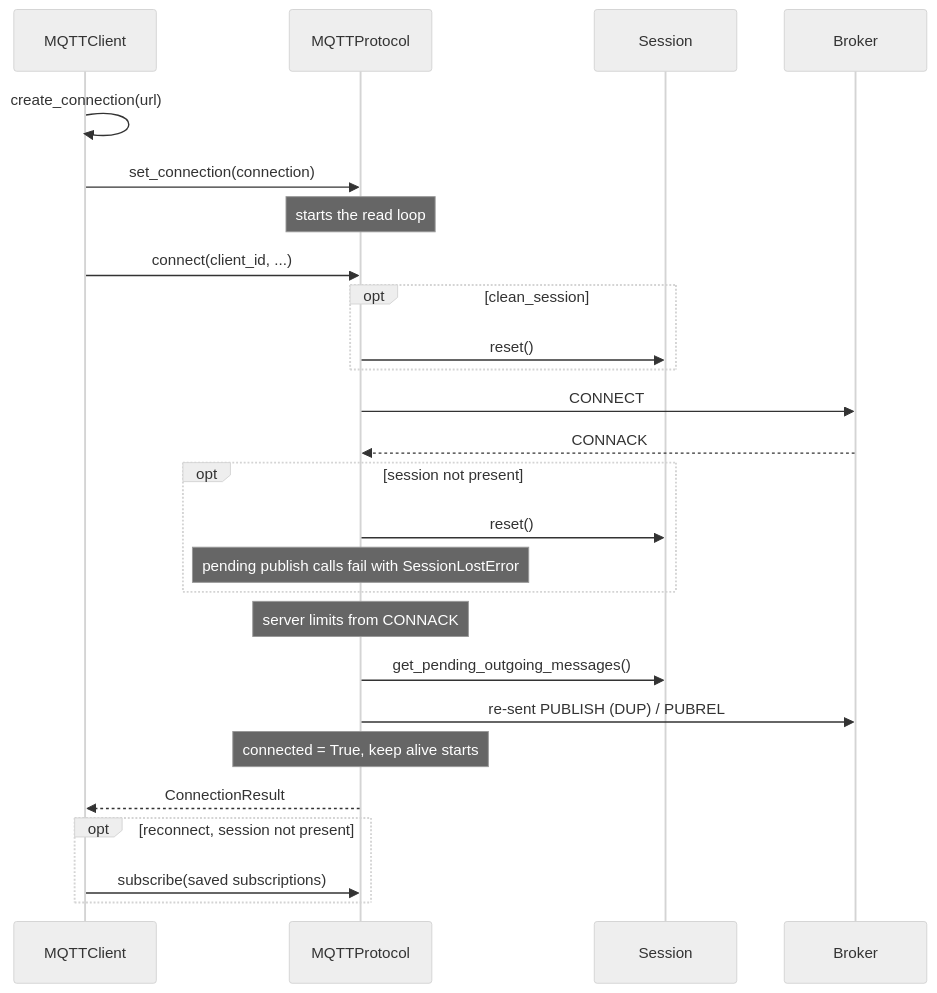
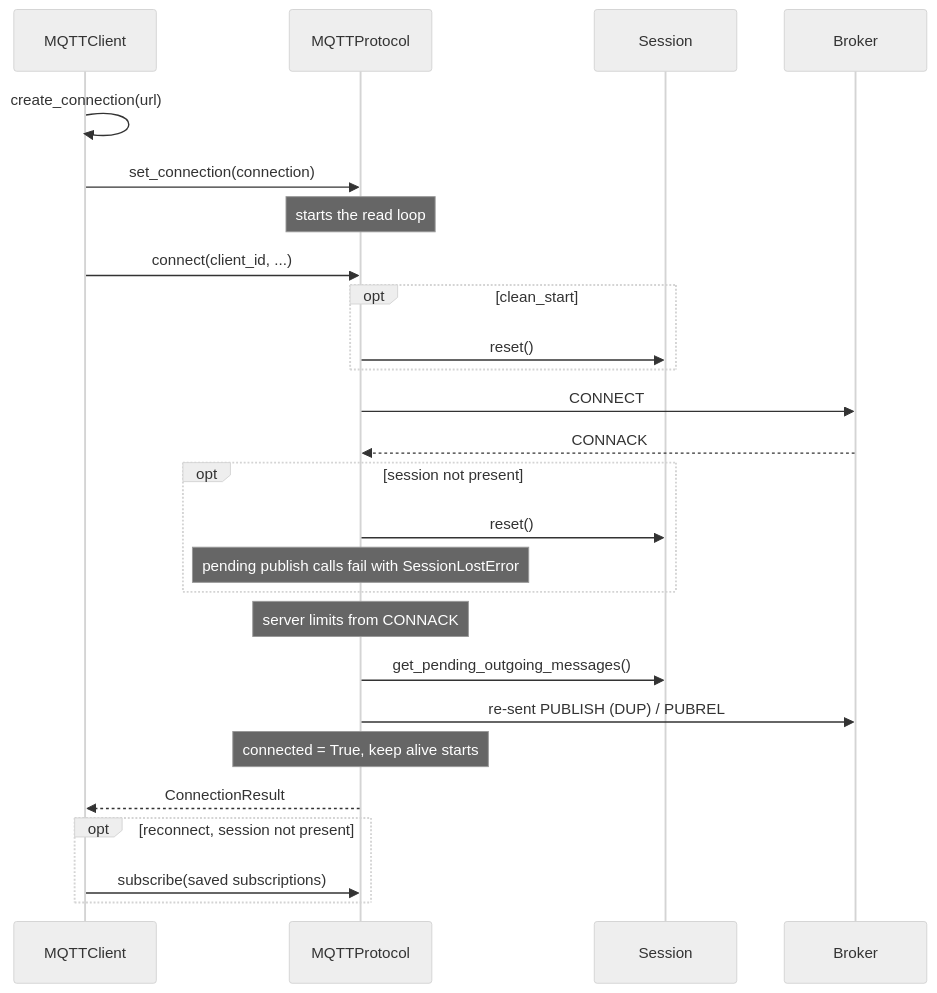
One commit to Mixser/zenmqtt changed the fourth of 11 diagrams in docs/architecture.md. Above: the diagram before and after it, drawn with Mermaid (neutral theme). The commit also changed other lines of this file and 19 other files, not shown here.

Commit message:
MGG-XXX Used the names of the MQTT 5 specification: ConnectionResult.reason_code (Connect Reason Code), connect(clean_start=...) (Clean Start), disconnect(reason_code=...) (Disconnect Reason Code);

````diff
--- a/docs/architecture.md
+++ b/docs/architecture.md
@@ -179,29 +179,29 @@
 ```mermaid
 sequenceDiagram
     participant C as MQTTClient
     participant P as MQTTProtocol
     participant S as Session
     participant B as Broker
 
     C->>C: create_connection(url)
     C->>P: set_connection(connection)
     Note over P: starts the read loop
     C->>P: connect(client_id, ...)
-    opt clean_session
+    opt clean_start
         P->>S: reset()
     end
     P->>B: CONNECT
     B-->>P: CONNACK
     opt session not present
         P->>S: reset()
         Note over P: pending publish calls fail with SessionLostError
     end
     Note over P: server limits from CONNACK
     P->>S: get_pending_outgoing_messages()
     P->>B: re-sent PUBLISH (DUP) / PUBREL
     Note over P: connected = True, keep alive starts
     P-->>C: ConnectionResult
     opt reconnect, session not present
         C->>P: subscribe(saved subscriptions)
     end
 ```
````
